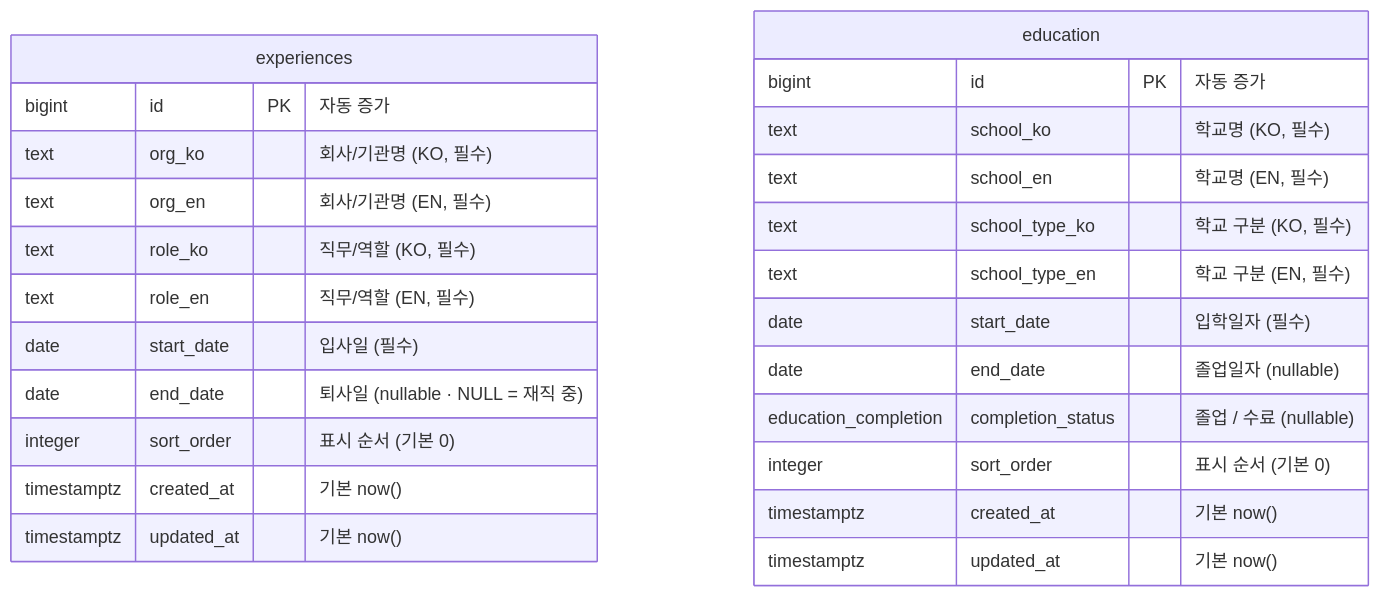
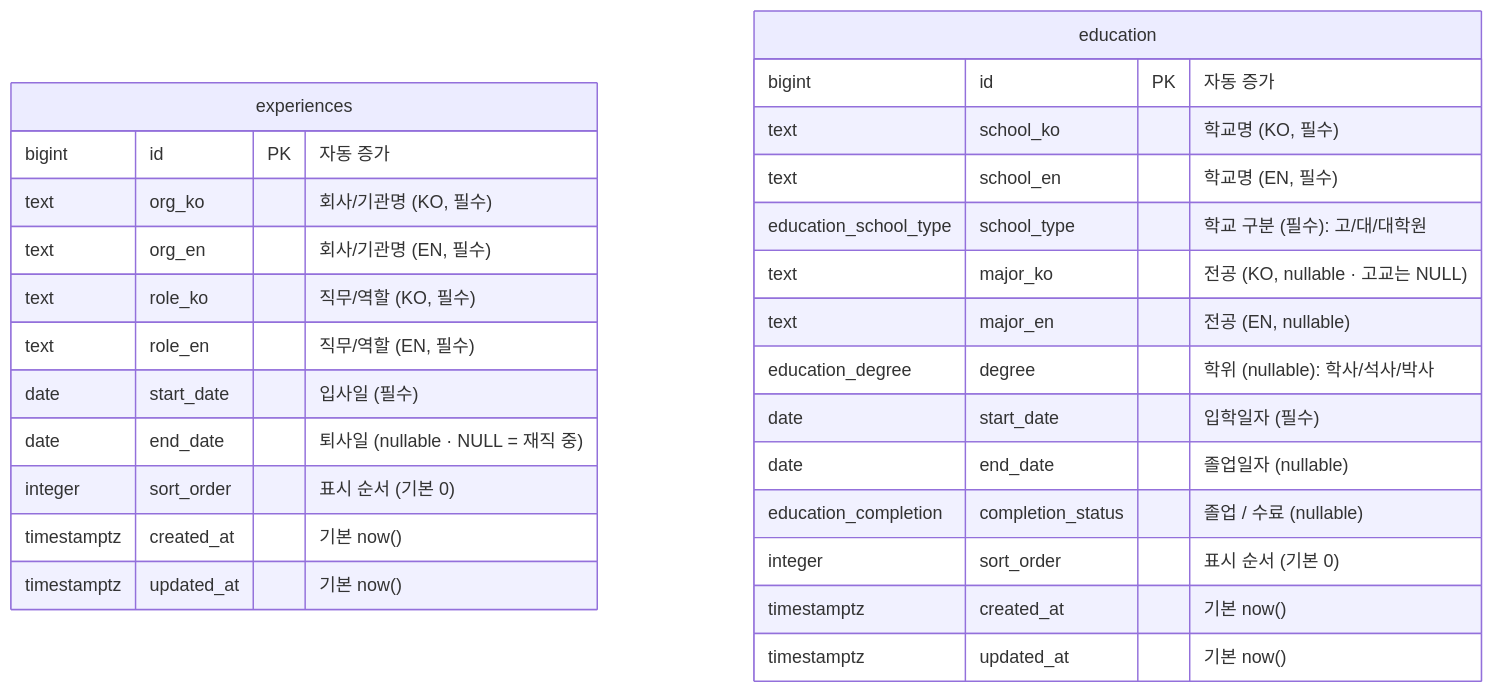
Before and after one commit to archysics-bot/erin-portfolio: the diagram in docs/db/erd.md, drawn with Mermaid. The commit also changed other lines of this file and 12 other files, not shown here.

First line of the commit message:
Apply Google key-visual palette and refine education schema

````diff
--- a/docs/db/erd.md
+++ b/docs/db/erd.md
@@ -12,29 +12,31 @@
 ```mermaid
 erDiagram
     experiences {
         bigint      id          PK "자동 증가"
         text        org_ko      "회사/기관명 (KO, 필수)"
         text        org_en      "회사/기관명 (EN, 필수)"
         text        role_ko     "직무/역할 (KO, 필수)"
         text        role_en     "직무/역할 (EN, 필수)"
         date        start_date  "입사일 (필수)"
         date        end_date    "퇴사일 (nullable · NULL = 재직 중)"
         integer     sort_order  "표시 순서 (기본 0)"
         timestamptz created_at   "기본 now()"
         timestamptz updated_at   "기본 now()"
     }
 
     education {
         bigint               id                PK "자동 증가"
         text                 school_ko         "학교명 (KO, 필수)"
         text                 school_en         "학교명 (EN, 필수)"
-        text                 school_type_ko    "학교 구분 (KO, 필수)"
-        text                 school_type_en    "학교 구분 (EN, 필수)"
+        education_school_type school_type      "학교 구분 (필수): 고/대/대학원"
+        text                 major_ko          "전공 (KO, nullable · 고교는 NULL)"
+        text                 major_en          "전공 (EN, nullable)"
+        education_degree     degree            "학위 (nullable): 학사/석사/박사"
         date                 start_date        "입학일자 (필수)"
         date                 end_date          "졸업일자 (nullable)"
         education_completion completion_status "졸업 / 수료 (nullable)"
         integer              sort_order        "표시 순서 (기본 0)"
         timestamptz          created_at        "기본 now()"
         timestamptz          updated_at        "기본 now()"
     }
 ```
````
